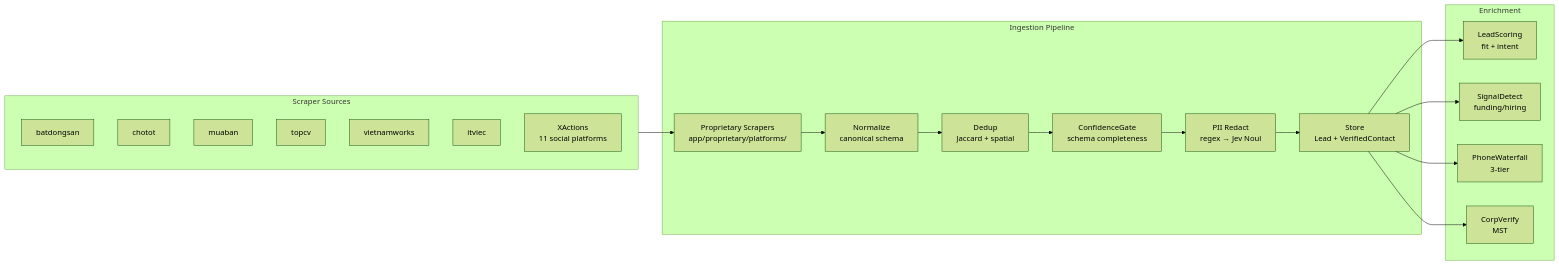
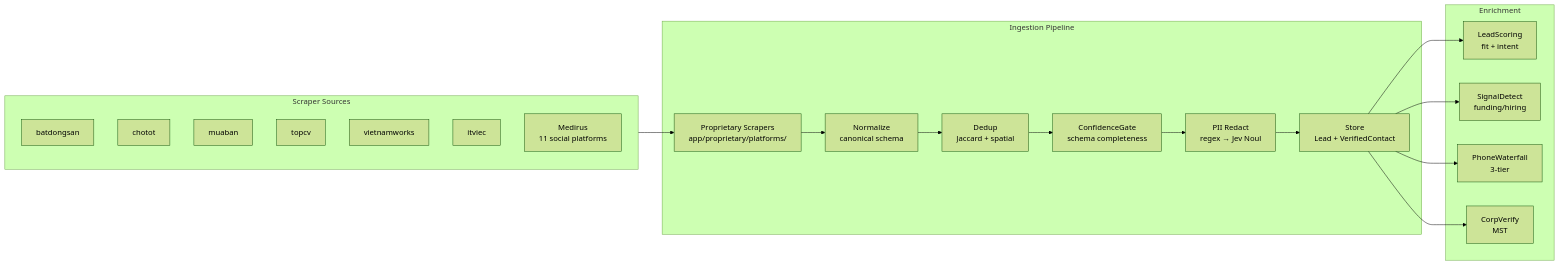
Before and after one commit to deptrai/nowing: the ninth of 9 diagrams in docs/system-architecture-2026-09-21.md, drawn with Mermaid (forest theme). The commit also changed other lines of this file and 274 other files, not shown here.

First line of the commit message:
refactor: rename XActions → Medirus across codebase (xactions→medirus, XACTIONS→MEDIRUS, MEDIRUS_* env, port 3333, enum MEDIRUS_MCP_CONNECTOR)

````diff
--- a/docs/system-architecture-2026-09-21.md
+++ b/docs/system-architecture-2026-09-21.md
@@ -360,34 +360,34 @@
 ```mermaid
 flowchart LR
     subgraph Sources["Scraper Sources"]
         BDS2["batdongsan"]
         CT2["chotot"]
         MB2["muaban"]
         TC2["topcv"]
         VW3["vietnamworks"]
         ITV2["itviec"]
-        XA2["XActions<br/>11 social platforms"]
+        XA2["Medirus<br/>11 social platforms"]
     end
 
     subgraph Pipe["Ingestion Pipeline"]
         Scrape["Proprietary Scrapers<br/>app/proprietary/platforms/"]
         Norm["Normalize<br/>canonical schema"]
         Dedup2["Dedup<br/>Jaccard + spatial"]
         Conf2["ConfidenceGate<br/>schema completeness"]
         PII2["PII Redact<br/>regex → Jev Noul"]
         Store2["Store<br/>Lead + VerifiedContact"]
     end
 
     subgraph Enrich["Enrichment"]
         Score2["LeadScoring<br/>fit + intent"]
         Signal2["SignalDetect<br/>funding/hiring"]
         Phone["PhoneWaterfall<br/>3-tier"]
         Corp["CorpVerify<br/>MST"]
     end
 
     Sources --> Scrape --> Norm --> Dedup2 --> Conf2 --> PII2 --> Store2
     Store2 --> Score2
     Store2 --> Signal2
     Store2 --> Phone
     Store2 --> Corp
 ```
````
